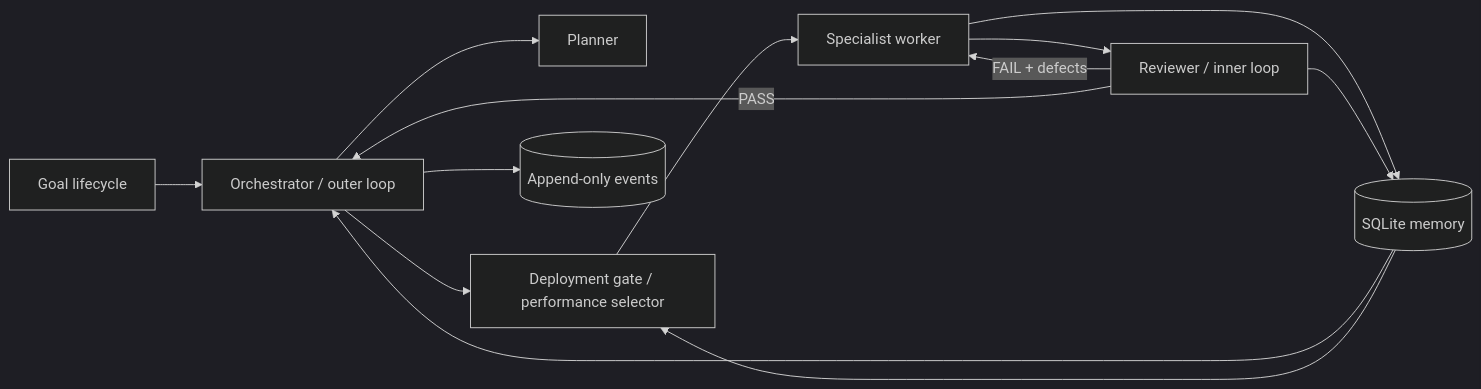
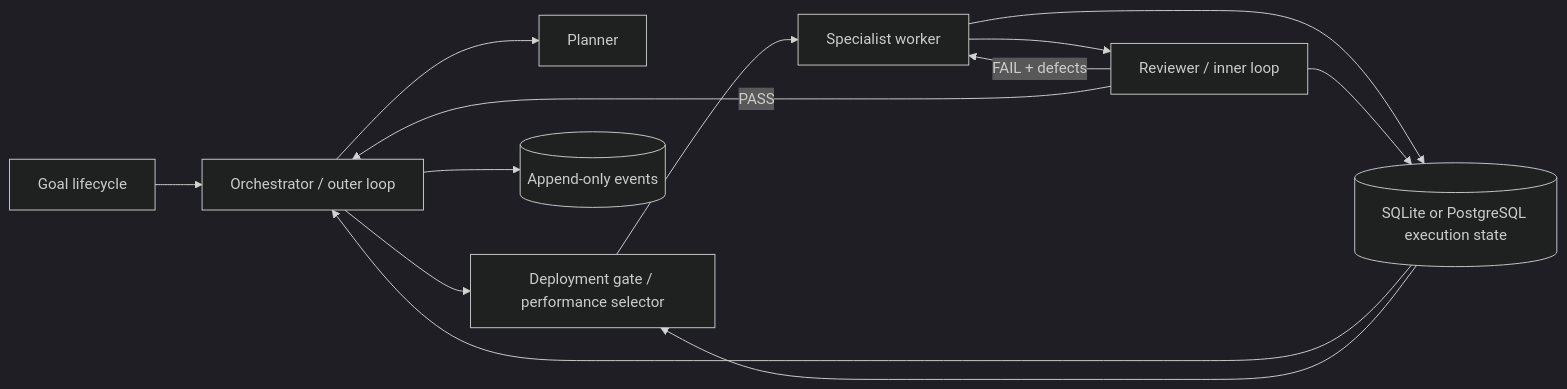
One commit to woshishadowhunter/agent-society-loop changed the diagram in README.md. Above: the diagram before and after it, drawn with Mermaid (dark theme). The commit also changed other lines of this file and 8 other files, not shown here.

````diff
--- a/README.md
+++ b/README.md
@@ -146,15 +172,15 @@
 ```mermaid
 flowchart LR
     G[Goal lifecycle] --> O[Orchestrator / outer loop]
     O --> P[Planner]
     O --> S[Deployment gate / performance selector]
     S --> W[Specialist worker]
     W --> R[Reviewer / inner loop]
     R -->|FAIL + defects| W
     R -->|PASS| O
-    M[(SQLite memory)] --> O
+    M[(SQLite or PostgreSQL execution state)] --> O
     M --> S
     W --> M
     R --> M
     O --> E[(Append-only events)]
 ```
````
